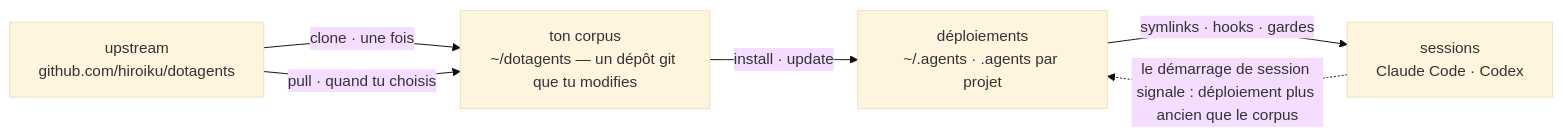
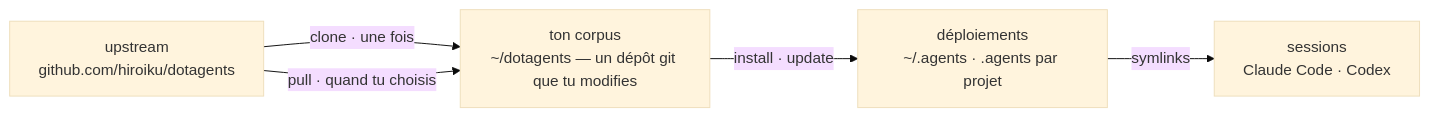
One commit to hiroiku/dotagents changed the diagram in docs/README.fr.md. Above: the diagram before and after it, drawn with Mermaid (base theme). The commit also changed other lines of this file and 25 other files, not shown here.

````diff
--- a/docs/README.fr.md
+++ b/docs/README.fr.md
@@ -18,12 +18,11 @@
 ```mermaid
 flowchart LR
     UP["upstream<br>github.com/hiroiku/dotagents"]
     C["ton corpus<br>~/dotagents — un dépôt git que tu modifies"]
     A["déploiements<br>~/.agents · .agents par projet"]
     S["sessions<br>Claude Code · Codex"]
     UP -->|"clone · une fois"| C
     UP -->|"pull · quand tu choisis"| C
     C -->|"install · update"| A
-    A -->|"symlinks · hooks · gardes"| S
-    S -.->|"le démarrage de session signale : déploiement plus ancien que le corpus"| A
+    A -->|"symlinks"| S
 ```
````
